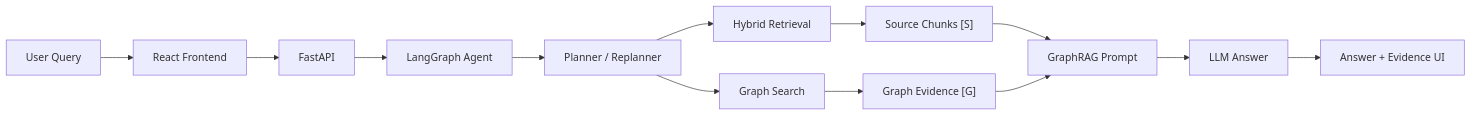
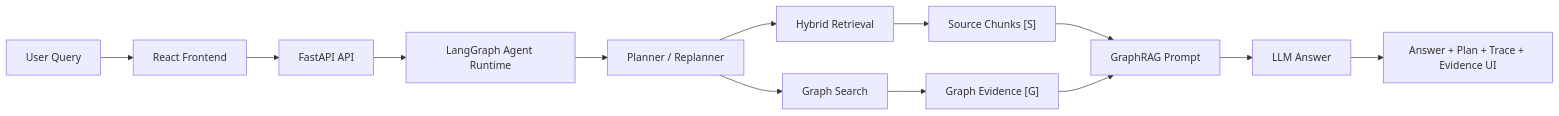
One commit to XueHangChen/PatentRag changed the diagram in README.md. Above: the diagram before and after it, drawn with Mermaid. The commit also changed other lines of this file and 1 other file, not shown here.

````diff
--- a/README.md
+++ b/README.md
@@ -34,15 +58,15 @@
 ```mermaid
 flowchart LR
     A["User Query"] --> B["React Frontend"]
-    B --> C["FastAPI"]
-    C --> D["LangGraph Agent"]
+    B --> C["FastAPI API"]
+    C --> D["LangGraph Agent Runtime"]
     D --> E["Planner / Replanner"]
     E --> F["Hybrid Retrieval"]
     E --> G["Graph Search"]
     F --> H["Source Chunks [S]"]
     G --> I["Graph Evidence [G]"]
     H --> J["GraphRAG Prompt"]
     I --> J
     J --> K["LLM Answer"]
-    K --> L["Answer + Evidence UI"]
+    K --> L["Answer + Plan + Trace + Evidence UI"]
 ```
````
